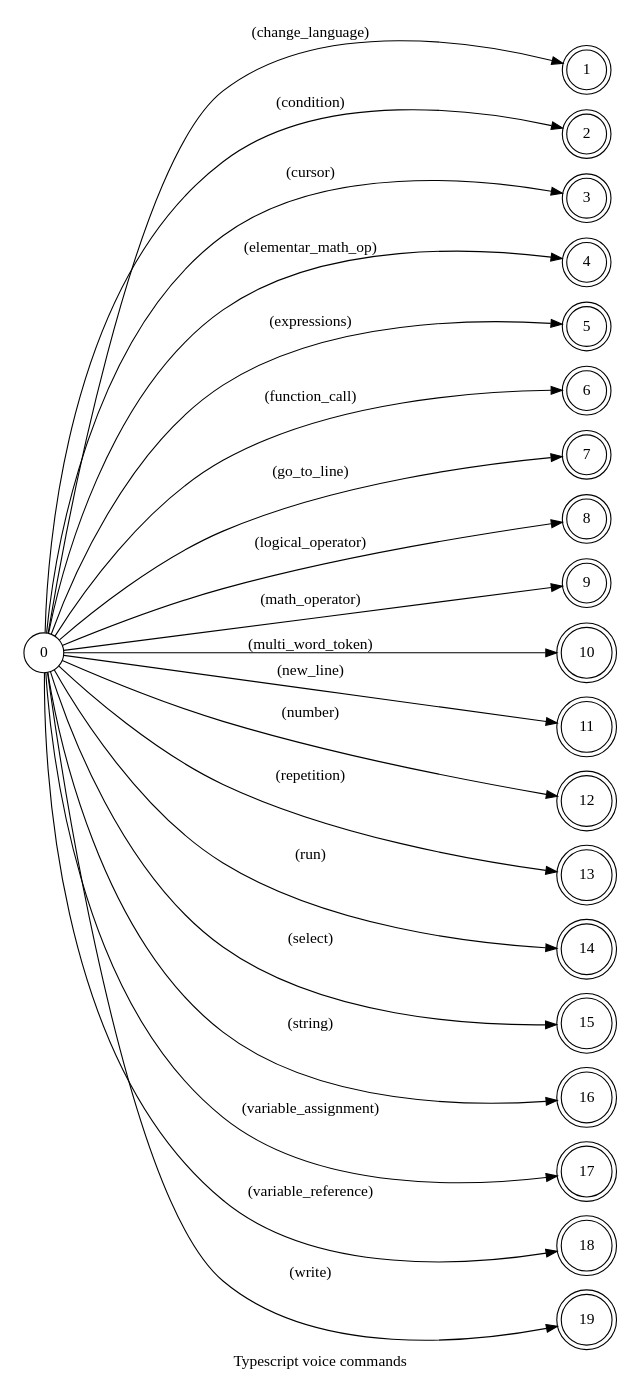
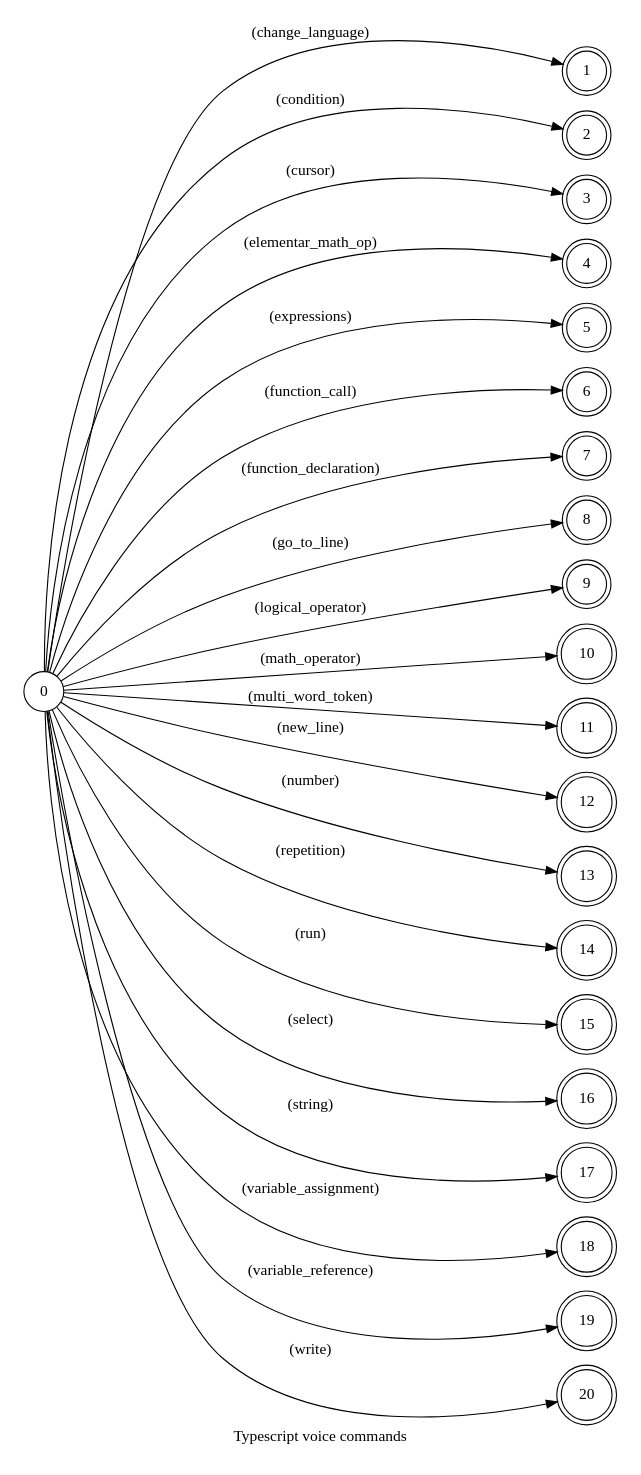
The diagram in spoken/src/modules/typescript/typescript.dot (pedrooaugusto/speech-to-code), drawn with Graphviz before and after one commit. The commit also changed 27 other files, not shown here.

```diff
--- a/spoken/src/modules/typescript/typescript.dot
+++ b/spoken/src/modules/typescript/typescript.dot
@@ -1,37 +1,38 @@
 digraph TypeScript {
     id="typescript";
     label="Typescript voice commands";
     lang="en-US";
     langName="English";
     pad="0.2";
     rankdir=LR;
     nodesep="0.2";
     ranksep="4";
     node[shape=circle]; 0;
     node[shape=doublecircle];
 
     // START GENERATED
     0 -> 1 [label="(change_language)"];
     0 -> 2 [label="(condition)"];
     0 -> 3 [label="(cursor)"];
     0 -> 4 [label="(elementar_math_op)"];
     0 -> 5 [label="(expressions)"];
     0 -> 6 [label="(function_call)"];
-    0 -> 7 [label="(go_to_line)"];
-    0 -> 8 [label="(logical_operator)"];
-    0 -> 9 [label="(math_operator)"];
-    0 -> 10 [label="(multi_word_token)"];
-    0 -> 11 [label="(new_line)"];
-    0 -> 12 [label="(number)"];
-    0 -> 13 [label="(repetition)"];
-    0 -> 14 [label="(run)"];
-    0 -> 15 [label="(select)"];
-    0 -> 16 [label="(string)"];
-    0 -> 17 [label="(variable_assignment)"];
-    0 -> 18 [label="(variable_reference)"];
-    0 -> 19 [label="(write)"];
+    0 -> 7 [label="(function_declaration)"];
+    0 -> 8 [label="(go_to_line)"];
+    0 -> 9 [label="(logical_operator)"];
+    0 -> 10 [label="(math_operator)"];
+    0 -> 11 [label="(multi_word_token)"];
+    0 -> 12 [label="(new_line)"];
+    0 -> 13 [label="(number)"];
+    0 -> 14 [label="(repetition)"];
+    0 -> 15 [label="(run)"];
+    0 -> 16 [label="(select)"];
+    0 -> 17 [label="(string)"];
+    0 -> 18 [label="(variable_assignment)"];
+    0 -> 19 [label="(variable_reference)"];
+    0 -> 20 [label="(write)"];
     // END GENERATED
 
     title="Typescript voice commands";
     desc="Collection of voice commands of the typescript language";
 }
```
